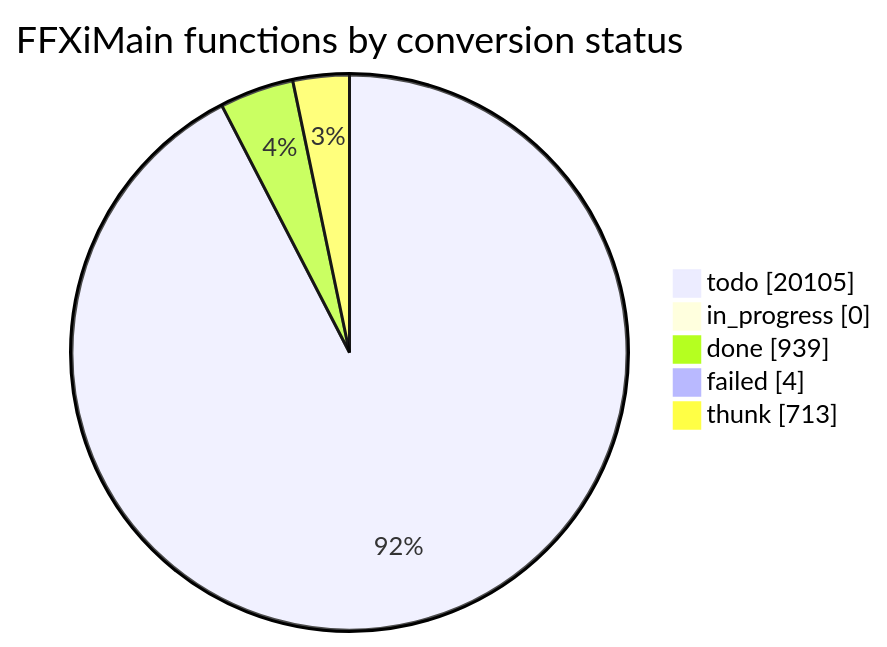
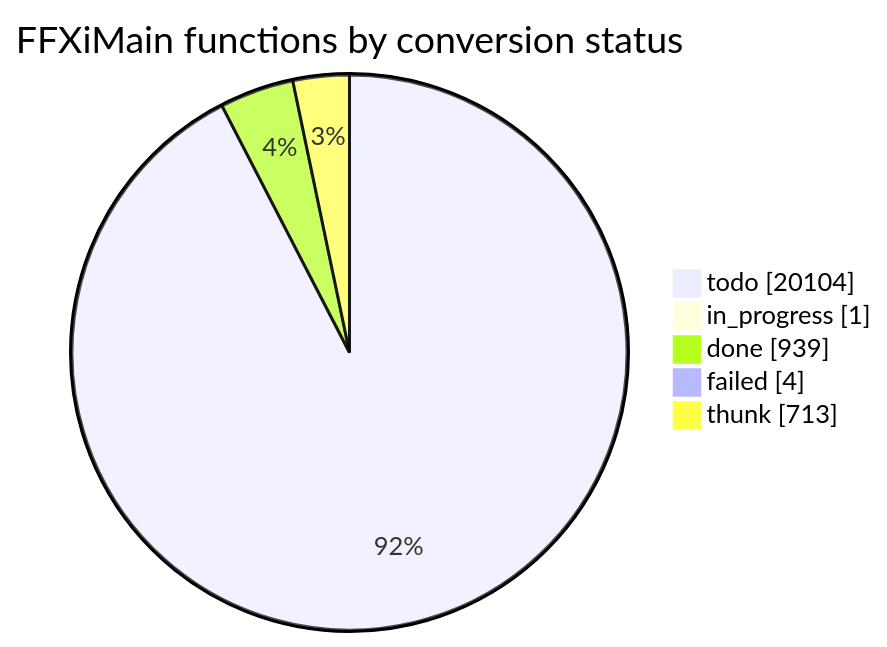
Before and after one commit to cowrevenge/cow_kuluu_xi_anything: the diagram in docs/cow/STATUS.md, drawn with Mermaid. The commit also changed other lines of this file and 7 other files, not shown here.

````diff
--- a/docs/cow/STATUS.md
+++ b/docs/cow/STATUS.md
@@ -18,9 +18,9 @@
 ```mermaid
 pie showData
     title FFXiMain functions by conversion status
-    "todo" : 20105
-    "in_progress" : 0
+    "todo" : 20104
+    "in_progress" : 1
     "done" : 939
     "failed" : 4
     "thunk" : 713
 ```
````
